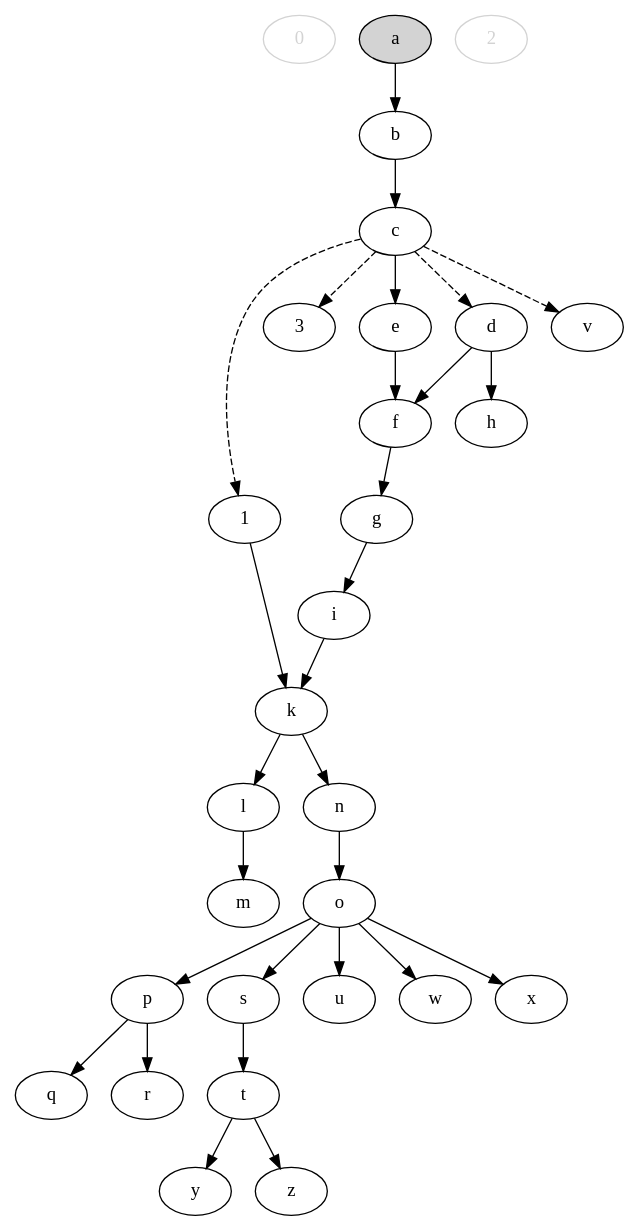
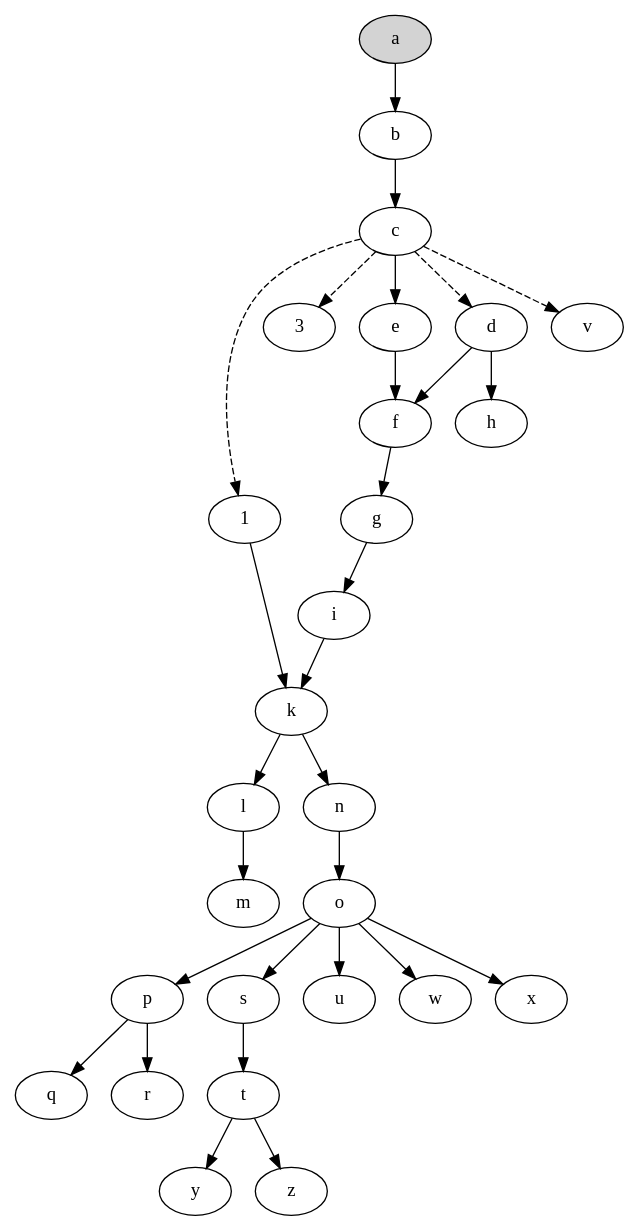
One commit to jdmpapin/svm-startup-deps changed the diagram in svm-startup-deps.dot. Above: the diagram before and after it, drawn with Graphviz. The commit also changed 1 other file, not shown here.

```diff
--- a/svm-startup-deps.dot
+++ b/svm-startup-deps.dot
@@ -1,60 +1,58 @@
 digraph {
-    0 [color=lightgrey,fontcolor=lightgrey];
     1;
-    2 [color=lightgrey,fontcolor=lightgrey];
     3;
     a [style=filled,fillcolor=lightgrey];
     b;
     c;
     d;
     e;
     f;
     g;
     h;
     i;
     k;
     l;
     m;
     n;
     o;
     p;
     q;
     r;
     s;
     t;
     u;
     v;
     w;
     x;
     y;
     z;
 
     1 -> k;
     c -> 1 [style=dashed];
     c -> 3 [style=dashed];
     c -> d [style=dashed];
     c -> v [style=dashed];
     a -> b;
     b -> c;
     c -> e;
     d -> f;
     e -> f;
     f -> g;
     d -> h;
     g -> i;
     i -> k;
     k -> l;
     l -> m;
     k -> n;
     n -> o;
     o -> p;
     p -> q;
     p -> r;
     o -> s;
     s -> t;
     o -> u;
     o -> w;
     o -> x;
     t -> y;
     t -> z;
 }
```
